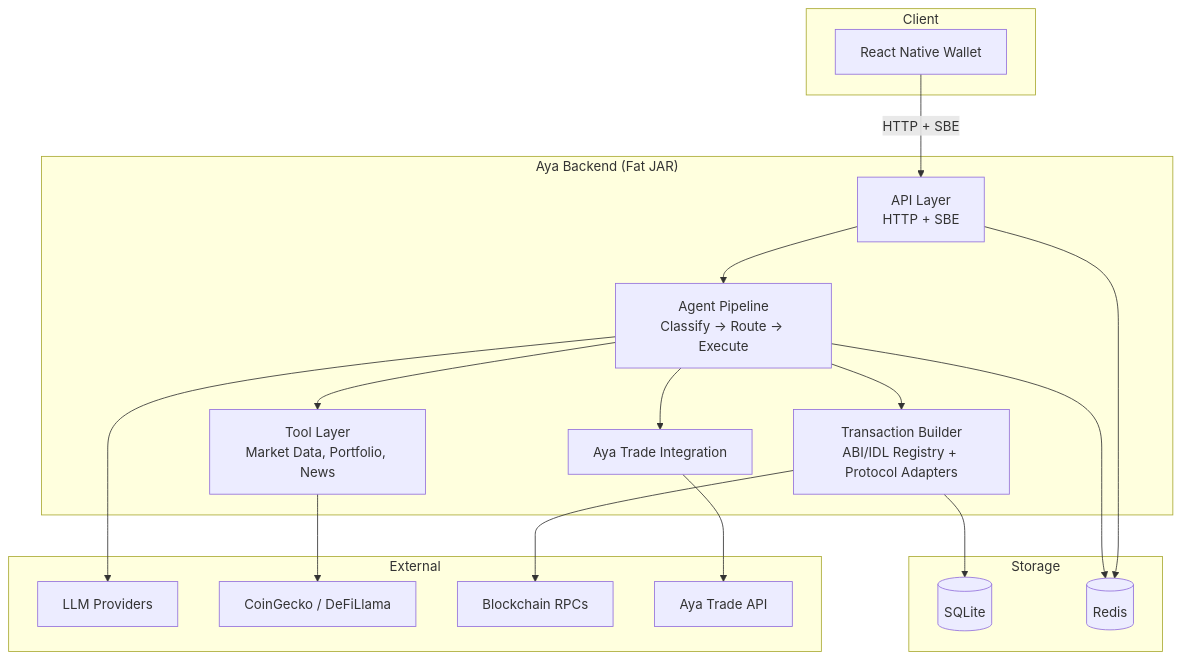
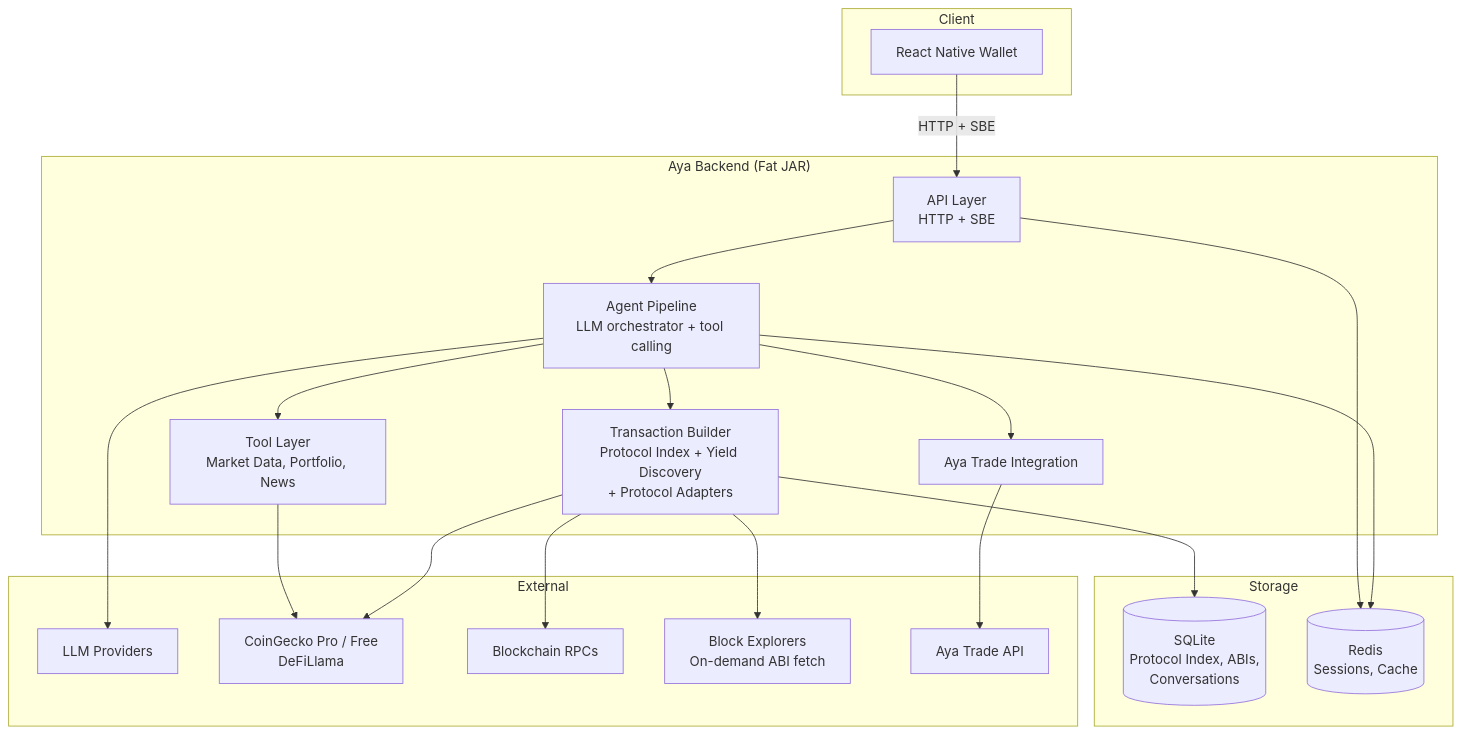
Before and after one commit to klodio/aya-mobile-assistant: the diagram in README.md, drawn with Mermaid. The commit also changed other lines of this file and 10 other files, not shown here.

````diff
--- a/README.md
+++ b/README.md
@@ -11,39 +11,42 @@
 ```mermaid
 graph TB
     subgraph Client
         RN[React Native Wallet]
     end
 
     subgraph "Aya Backend (Fat JAR)"
         API[API Layer<br/>HTTP + SBE]
-        AGENT[Agent Pipeline<br/>Classify → Route → Execute]
+        AGENT[Agent Pipeline<br/>LLM orchestrator + tool calling]
         TOOLS[Tool Layer<br/>Market Data, Portfolio, News]
-        TXBUILD[Transaction Builder<br/>ABI/IDL Registry + Protocol Adapters]
+        TXBUILD[Transaction Builder<br/>Protocol Index + Yield Discovery<br/>+ Protocol Adapters]
         EXCHANGE[Aya Trade Integration]
     end
 
     subgraph Storage
-        SQLITE[(SQLite)]
-        REDIS[(Redis)]
+        SQLITE[(SQLite<br/>Protocol Index, ABIs,<br/>Conversations)]
+        REDIS[(Redis<br/>Sessions, Cache)]
     end
 
     subgraph External
         LLM[LLM Providers]
-        MARKET[CoinGecko / DeFiLlama]
+        MARKET[CoinGecko Pro / Free<br/>DeFiLlama]
         RPC[Blockchain RPCs]
+        EXPLORERS[Block Explorers<br/>On-demand ABI fetch]
         AYATRADE[Aya Trade API]
     end
 
     RN -->|HTTP + SBE| API
     API --> AGENT
     AGENT --> TOOLS
     AGENT --> TXBUILD
     AGENT --> EXCHANGE
     TOOLS --> MARKET
     TXBUILD --> RPC
+    TXBUILD --> EXPLORERS
+    TXBUILD --> MARKET
     EXCHANGE --> AYATRADE
     AGENT --> LLM
     API --> REDIS
     TXBUILD --> SQLITE
     AGENT --> REDIS
 ```
````
